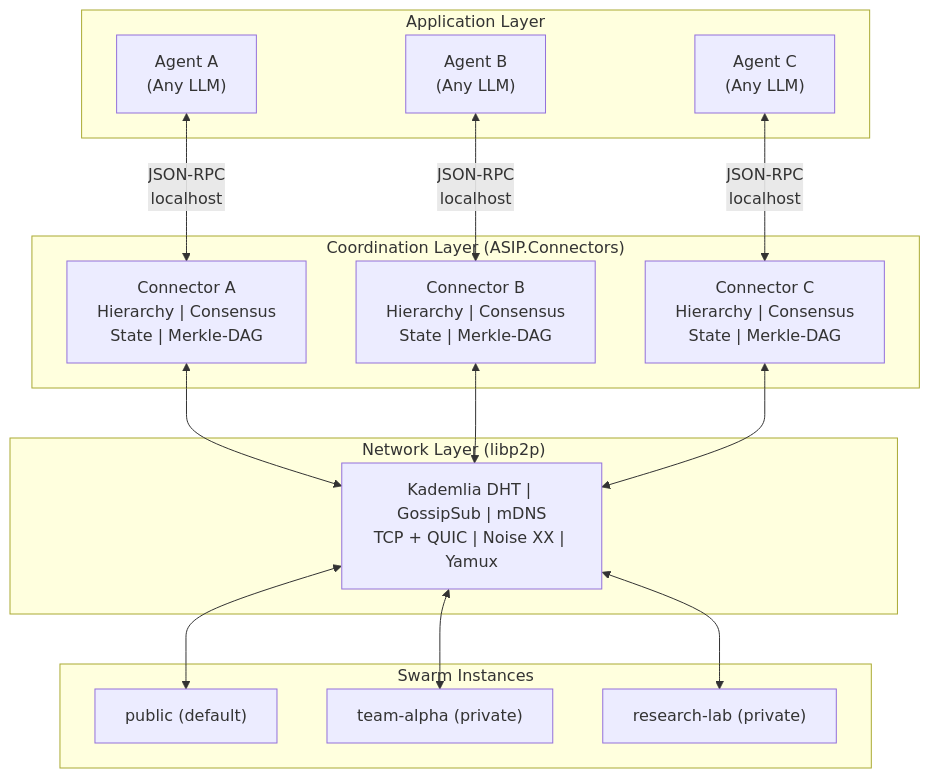
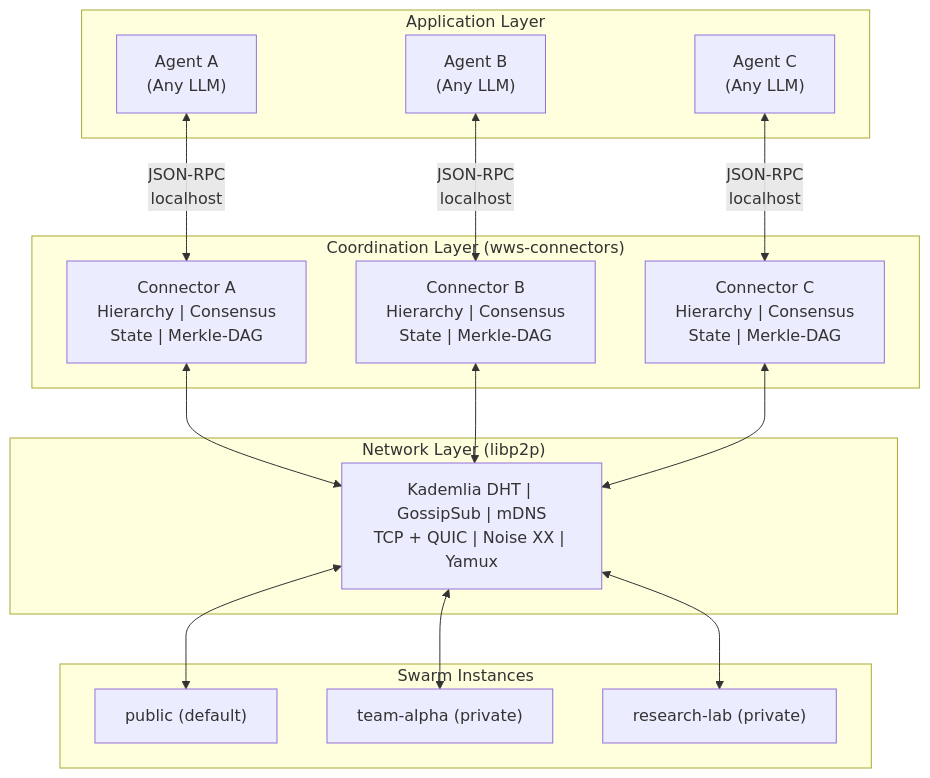
The first of 3 diagrams in docs/Home.md (Good-karma-lab/Agent-Swarm-Communication-Protocol), drawn with Mermaid before and after one commit. The commit also changed other lines of this file and 16 other files, not shown here.

````diff
--- a/docs/Home.md
+++ b/docs/Home.md
@@ -147,34 +160,34 @@
 ```mermaid
 graph TB
     subgraph "Application Layer"
         A1["Agent A<br/>(Any LLM)"]
         A2["Agent B<br/>(Any LLM)"]
         A3["Agent C<br/>(Any LLM)"]
     end
 
-    subgraph "Coordination Layer (ASIP.Connectors)"
+    subgraph "Coordination Layer (wws-connectors)"
         C1["Connector A<br/>Hierarchy | Consensus<br/>State | Merkle-DAG"]
         C2["Connector B<br/>Hierarchy | Consensus<br/>State | Merkle-DAG"]
         C3["Connector C<br/>Hierarchy | Consensus<br/>State | Merkle-DAG"]
     end
 
     subgraph "Network Layer (libp2p)"
         N["Kademlia DHT | GossipSub | mDNS<br/>TCP + QUIC | Noise XX | Yamux"]
     end
 
     subgraph "Swarm Instances"
         S1["public (default)"]
         S2["team-alpha (private)"]
         S3["research-lab (private)"]
     end
 
     A1 <-->|"JSON-RPC<br/>localhost"| C1
     A2 <-->|"JSON-RPC<br/>localhost"| C2
     A3 <-->|"JSON-RPC<br/>localhost"| C3
     C1 <--> N
     C2 <--> N
     C3 <--> N
     N <--> S1
     N <--> S2
     N <--> S3
 ```
````
